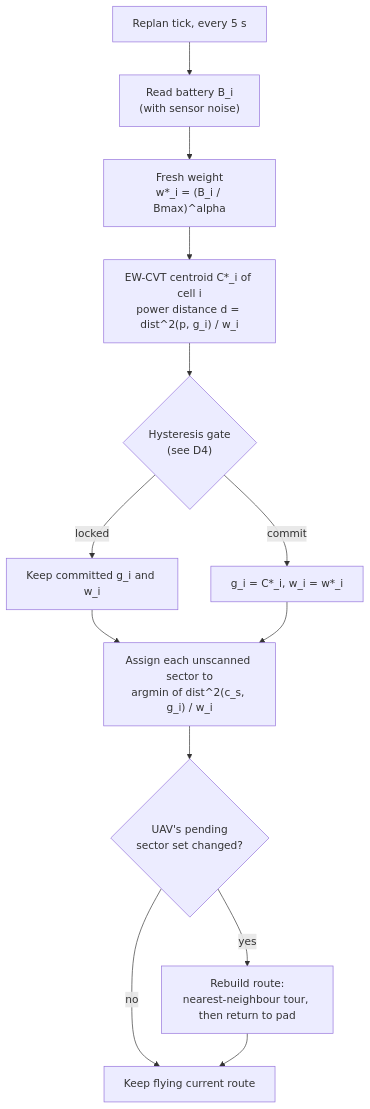
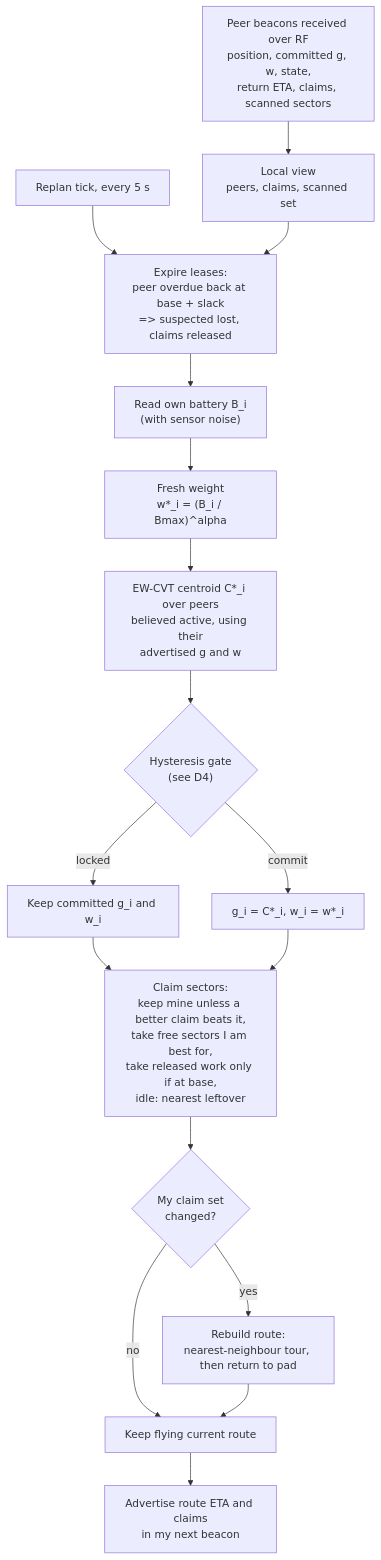
The third of 9 diagrams in docs/ARCHITECTURE_PROPOSAL.md (CodeWithDevesh/FlyNetSim), drawn with Mermaid before and after one commit. The commit also changed other lines of this file, not shown here.

Commit message:
docs: update architecture diagrams for decentralized control and store-carry-forward

````diff
--- a/docs/ARCHITECTURE_PROPOSAL.md
+++ b/docs/ARCHITECTURE_PROPOSAL.md
@@ -94,15 +97,19 @@
 ```mermaid
 flowchart TD
-  TICK["Replan tick, every 5 s"] --> MEAS["Read battery B_i<br/>(with sensor noise)"]
+  BEACON["Peer beacons received over RF<br/>position, committed g, w, state,<br/>return ETA, claims, scanned sectors"] --> VIEW["Local view<br/>peers, claims, scanned set"]
+  TICK["Replan tick, every 5 s"] --> EXP["Expire leases:<br/>peer overdue back at base + slack<br/>=> suspected lost, claims released"]
+  VIEW --> EXP
+  EXP --> MEAS["Read own battery B_i<br/>(with sensor noise)"]
   MEAS --> WGT["Fresh weight<br/>w*_i = (B_i / Bmax)^alpha"]
-  WGT --> CENT["EW-CVT centroid C*_i of cell i<br/>power distance d = dist^2(p, g_i) / w_i"]
+  WGT --> CENT["EW-CVT centroid C*_i over peers<br/>believed active, using their<br/>advertised g and w"]
   CENT --> GATE{"Hysteresis gate<br/>(see D4)"}
   GATE -- "locked" --> KEEP["Keep committed g_i and w_i"]
   GATE -- "commit" --> NEW["g_i = C*_i,  w_i = w*_i"]
-  KEEP --> ASSIGN
-  NEW --> ASSIGN["Assign each unscanned sector to<br/>argmin of dist^2(c_s, g_i) / w_i"]
-  ASSIGN --> CHG{"UAV's pending<br/>sector set changed?"}
+  KEEP --> CLAIM
+  NEW --> CLAIM["Claim sectors:<br/>keep mine unless a better claim beats it,<br/>take free sectors I am best for,<br/>take released work only if at base,<br/>idle: nearest leftover"]
+  CLAIM --> CHG{"My claim set<br/>changed?"}
   CHG -- "yes" --> ROUTE["Rebuild route:<br/>nearest-neighbour tour, then return to pad"]
   CHG -- "no" --> FLY["Keep flying current route"]
   ROUTE --> FLY
+  FLY --> OUT["Advertise route ETA and claims<br/>in my next beacon"]
 ```
````
